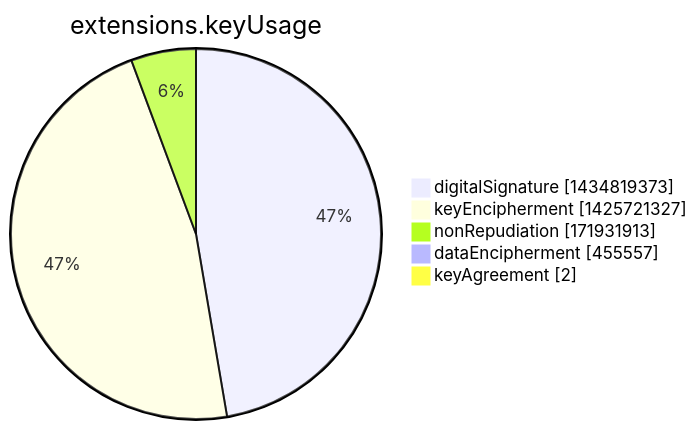
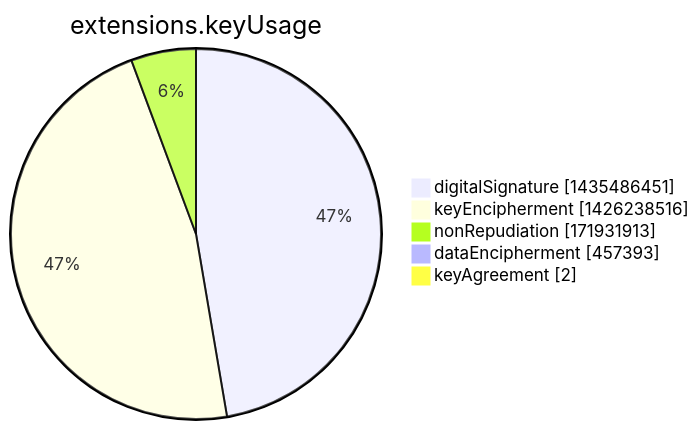
One commit to christiankrug/ctmonitor_visualization changed the seventh of 15 diagrams in argon2022/README.md. Above: the diagram before and after it, drawn with Mermaid. The commit also changed other lines of this file, not shown here.

````diff
--- a/argon2022/README.md
+++ b/argon2022/README.md
@@ -2751,9 +2751,9 @@
 ```mermaid
 pie showData
 title extensions.keyUsage
-"digitalSignature" :1434819373
-"keyEncipherment" :1425721327
+"digitalSignature" :1435486451
+"keyEncipherment" :1426238516
 "nonRepudiation" :171931913
-"dataEncipherment" :455557
+"dataEncipherment" :457393
 "keyAgreement" :2
 ```
````
